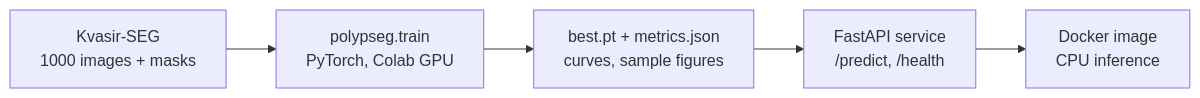
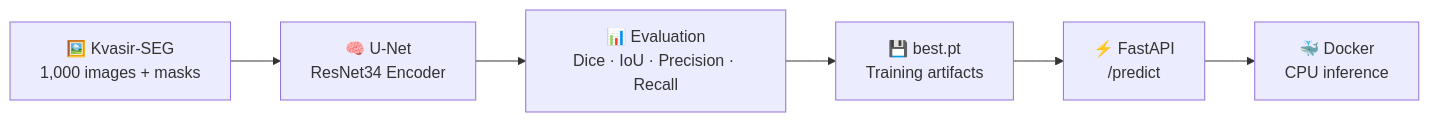
The diagram in README.md (Wajeeh1997/polyp-segmentation), drawn with Mermaid before and after one commit. The commit also changed other lines of this file, not shown here.

````diff
--- a/README.md
+++ b/README.md
@@ -10,7 +32,8 @@
 ```mermaid
 flowchart LR
-    A[Kvasir-SEG<br/>1000 images + masks] --> B[polypseg.train<br/>PyTorch, Colab GPU]
-    B --> C[best.pt + metrics.json<br/>curves, sample figures]
-    C --> D[FastAPI service<br/>/predict, /health]
-    D --> E[Docker image<br/>CPU inference]
+    A["🖼️ Kvasir-SEG<br/>1,000 images + masks"] --> B["🧠 U-Net<br/>ResNet34 Encoder"]
+    B --> C["📊 Evaluation<br/>Dice · IoU · Precision · Recall"]
+    C --> D["💾 best.pt<br/>Training artifacts"]
+    D --> E["⚡ FastAPI<br/>/predict"]
+    E --> F["🐳 Docker<br/>CPU inference"]
 ```
````
